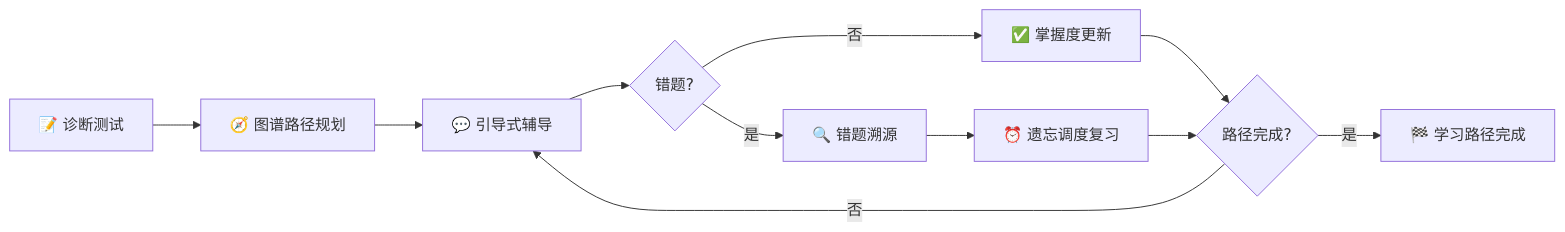
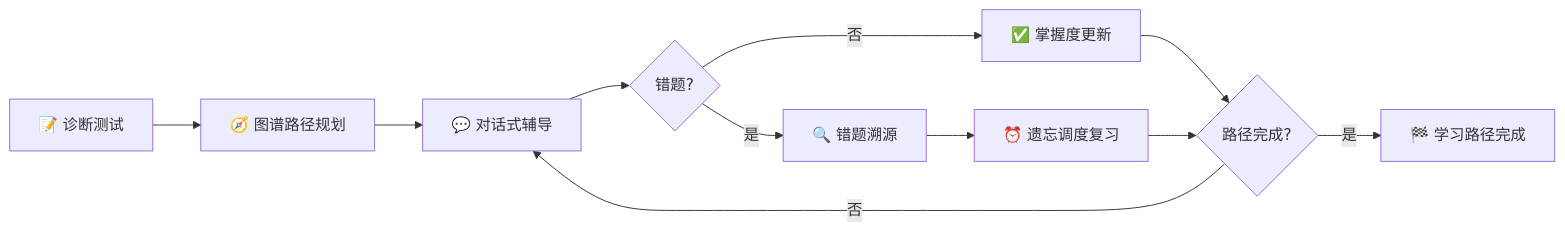
The first of 3 diagrams in README.md (echo804/AdaptTutor), drawn with Mermaid before and after one commit. The commit also changed other lines of this file, not shown here.

````diff
--- a/README.md
+++ b/README.md
@@ -63,13 +112,13 @@
 ```mermaid
 flowchart LR
-    A[📝 诊断测试] --> B[🧭 图谱路径规划]
-    B --> C[💬 引导式辅导]
-    C --> D{错题?}
-    D -->|是| E[🔍 错题溯源]
-    D -->|否| F[✅ 掌握度更新]
-    E --> G[⏰ 遗忘调度复习]
-    F --> H{路径完成?}
+    A["📝 诊断测试"] --> B["🧭 图谱路径规划"]
+    B --> C["💬 对话式辅导"]
+    C --> D{"错题?"}
+    D -->|是| E["🔍 错题溯源"]
+    D -->|否| F["✅ 掌握度更新"]
+    E --> G["⏰ 遗忘调度复习"]
+    F --> H{"路径完成?"}
     G --> H
     H -->|否| C
-    H -->|是| I[🏁 学习路径完成]
+    H -->|是| I["🏁 学习路径完成"]
 ```
````
